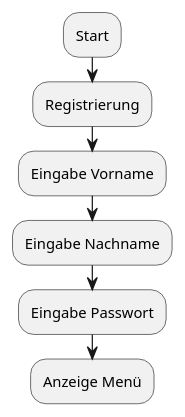
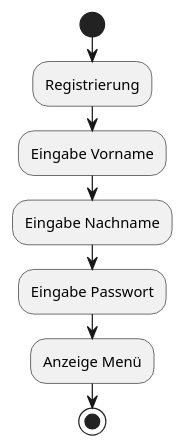
The diagram in Docs/Pflichtenheft/Diagramme/AktivitätsdiagrammRegistrierung.iuml (HEBK-BGM/Verwaltungssoftware_Team_3_TestGIt), drawn with PlantUML before and after one commit. The commit also changed 1 other file, not shown here.

```diff
--- a/Docs/Pflichtenheft/Diagramme/AktivitätsdiagrammRegistrierung.iuml
+++ b/Docs/Pflichtenheft/Diagramme/AktivitätsdiagrammRegistrierung.iuml
@@ -1,8 +1,9 @@
 @startuml
-:Start;
+start
 :Registrierung;
 :Eingabe Vorname;
 :Eingabe Nachname;
 :Eingabe Passwort;
 :Anzeige Menü;
+stop
 @enduml
```
